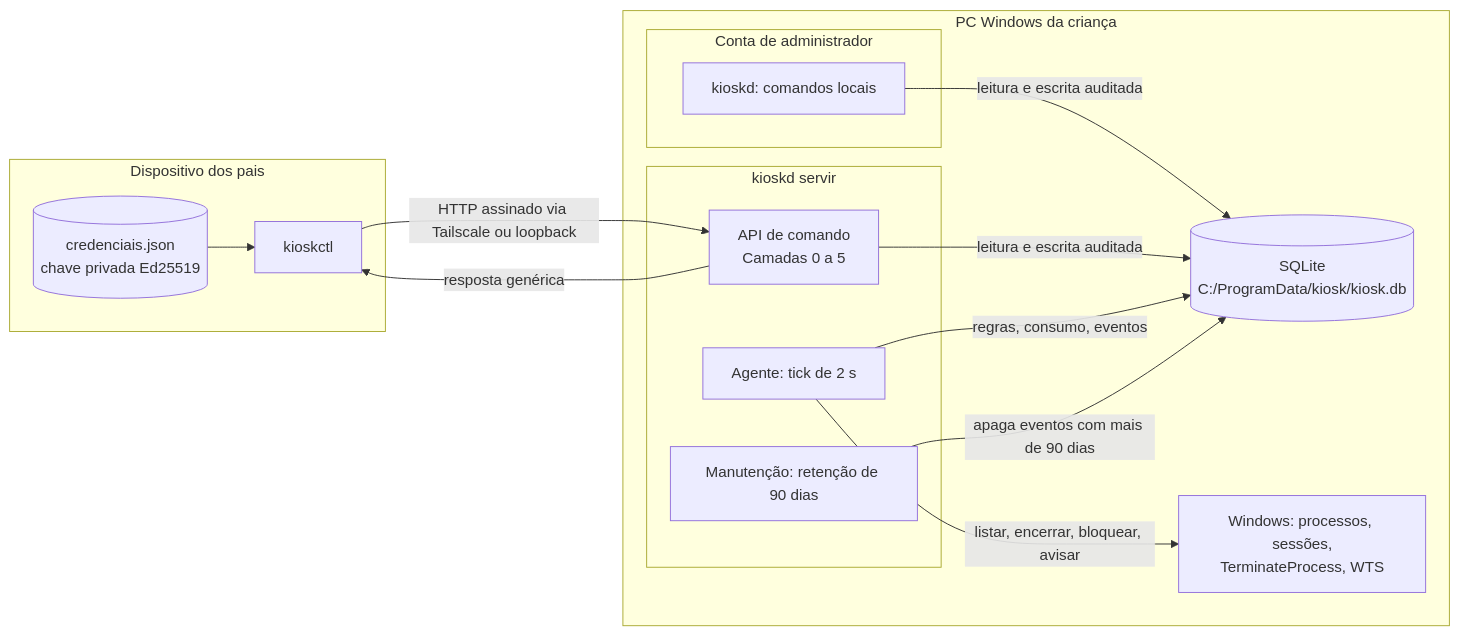
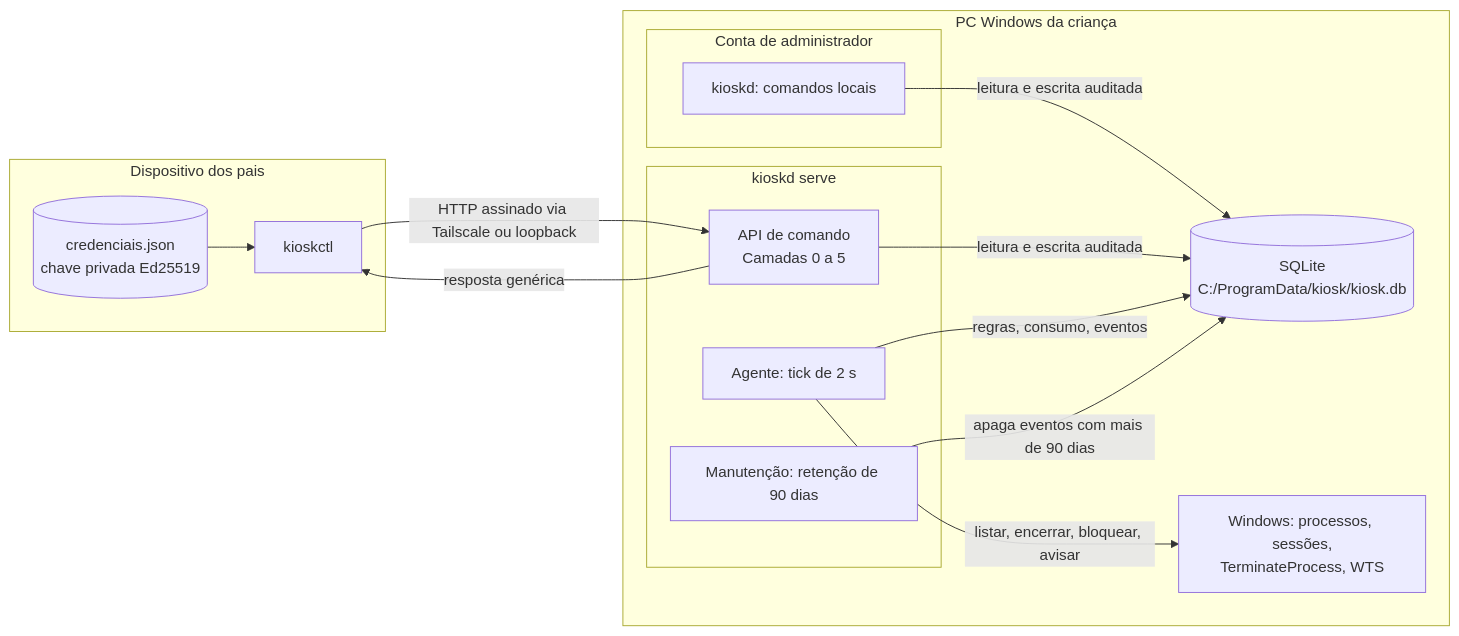
The first of 28 diagrams in docs/architecture/fluxos-dos-comandos.md (jefersonlop3s/kiosk-engine), drawn with Mermaid before and after one commit. The commit also changed other lines of this file and 43 other files, not shown here.

````diff
--- a/docs/architecture/fluxos-dos-comandos.md
+++ b/docs/architecture/fluxos-dos-comandos.md
@@ -9,27 +9,27 @@
 ```mermaid
 flowchart LR
     subgraph PAIS["Dispositivo dos pais"]
         CTL["kioskctl"]
         CRED[("credenciais.json<br/>chave privada Ed25519")]
     end
     subgraph PC["PC Windows da criança"]
         subgraph ADM["Conta de administrador"]
             KD["kioskd: comandos locais"]
         end
-        subgraph SRV["kioskd servir"]
+        subgraph SRV["kioskd serve"]
             API["API de comando<br/>Camadas 0 a 5"]
             AG["Agente: tick de 2 s"]
             MAN["Manutenção: retenção de 90 dias"]
         end
         DB[("SQLite<br/>C:/ProgramData/kiosk/kiosk.db")]
         WIN["Windows: processos, sessões,<br/>TerminateProcess, WTS"]
     end
     CRED --> CTL
     CTL -->|"HTTP assinado via Tailscale ou loopback"| API
     API -->|"resposta genérica"| CTL
     KD -->|"leitura e escrita auditada"| DB
     API -->|"leitura e escrita auditada"| DB
     AG -->|"regras, consumo, eventos"| DB
     AG -->|"listar, encerrar, bloquear, avisar"| WIN
     MAN -->|"apaga eventos com mais de 90 dias"| DB
 ```
````
